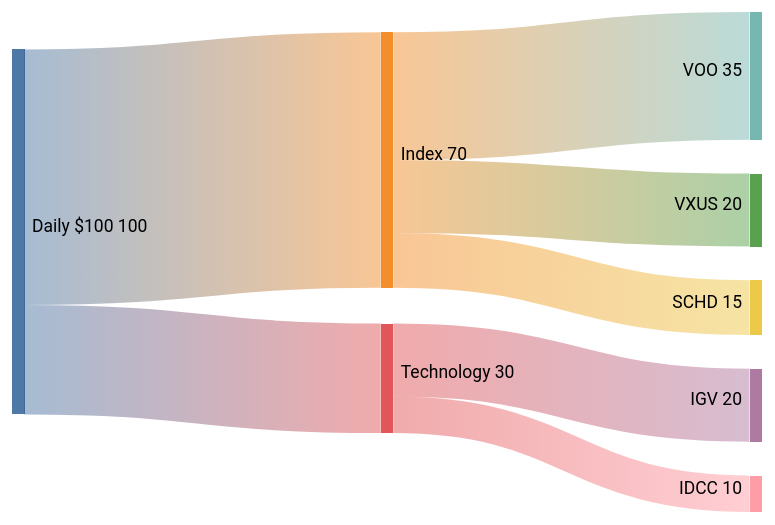
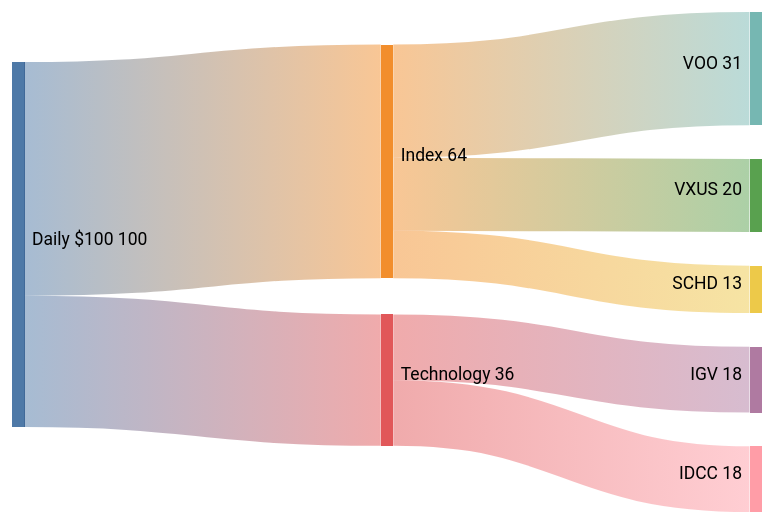
One commit to CynicDog/investment-journal changed the diagram in portfolio/dashboards/dca-flow.md. Above: the diagram before and after it, drawn with Mermaid (neutral theme).

Commit message:
chore(dashboards): regenerate from 01b6055

````diff
--- a/portfolio/dashboards/dca-flow.md
+++ b/portfolio/dashboards/dca-flow.md
@@ -5,15 +5,15 @@
 ```mermaid
 ---
 config:
   sankey:
     showValues: true
 ---
 sankey-beta
-Daily $100,Index,70
-Daily $100,Technology,30
-Index,VOO,35
+Daily $100,Index,64
+Daily $100,Technology,36
+Index,VOO,31
 Index,VXUS,20
-Index,SCHD,15
-Technology,IGV,20
-Technology,IDCC,10
+Index,SCHD,13
+Technology,IGV,18
+Technology,IDCC,18
 ```
````
